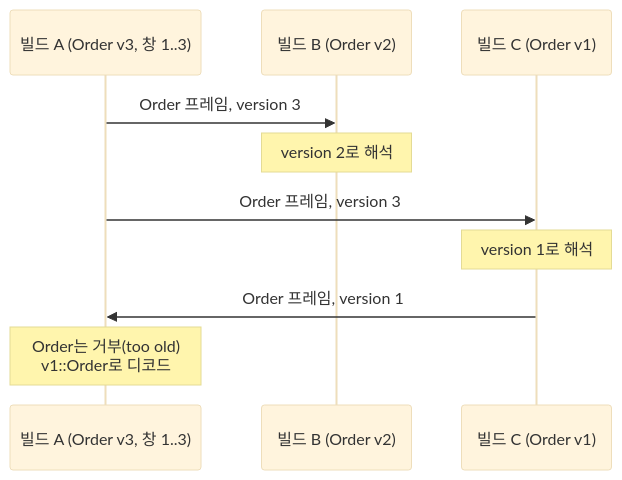
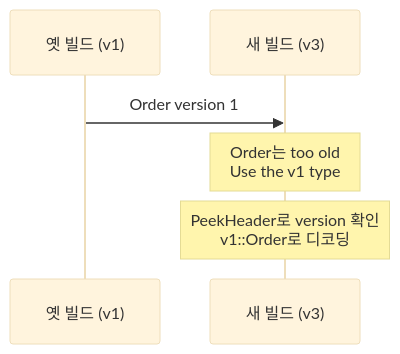
One commit to splendidz/protaco changed the third of 5 diagrams in README.ko.md. Above: the diagram before and after it, drawn with Mermaid (base theme). The commit also changed other lines of this file and 107 other files, not shown here.

````diff
--- a/README.ko.md
+++ b/README.ko.md
@@ -450,12 +553,8 @@
 ```mermaid
 sequenceDiagram
-    participant A as 빌드 A (Order v3, 창 1..3)
-    participant B as 빌드 B (Order v2)
-    participant C as 빌드 C (Order v1)
-    A->>B: Order 프레임, version 3
-    Note over B: version 2로 해석
-    A->>C: Order 프레임, version 3
-    Note over C: version 1로 해석
-    C->>A: Order 프레임, version 1
-    Note over A: Order는 거부(too old)<br/>v1::Order로 디코드
+    participant O as 옛 빌드 (v1)
+    participant N as 새 빌드 (v3)
+    O->>N: Order version 1
+    Note over N: Order는 too old<br/>Use the v1 type
+    Note over N: PeekHeader로 version 확인<br/>v1::Order로 디코딩
 ```
````
